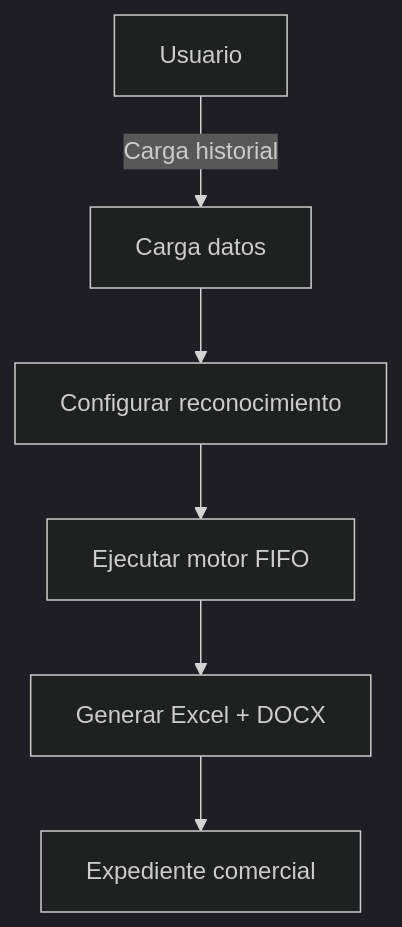
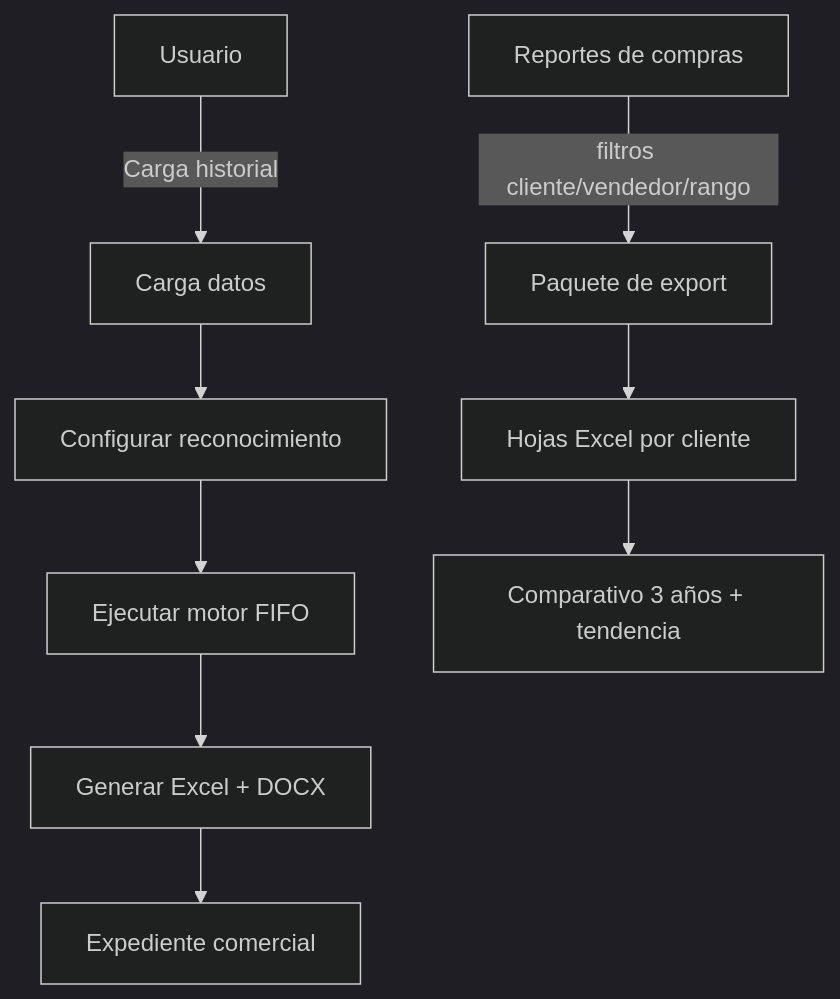
The diagram in README.md (carloscus/g360_NC_sustentor), drawn with Mermaid (dark theme) before and after one commit. The commit also changed other lines of this file and 253 other files, not shown here.

````diff
--- a/README.md
+++ b/README.md
@@ -10,8 +10,12 @@
 ```mermaid
 flowchart TD
     A[Usuario] -->|Carga historial| B[Carga datos]
     B --> C[Configurar reconocimiento]
     C --> D[Ejecutar motor FIFO]
     D --> E[Generar Excel + DOCX]
     E --> F[Expediente comercial]
+
+    A2[Reportes de compras] -->|filtros cliente/vendedor/rango| B2[Paquete de export]
+    B2 --> C2[Hojas Excel por cliente]
+    C2 --> D2[Comparativo 3 años + tendencia]
 ```
````
